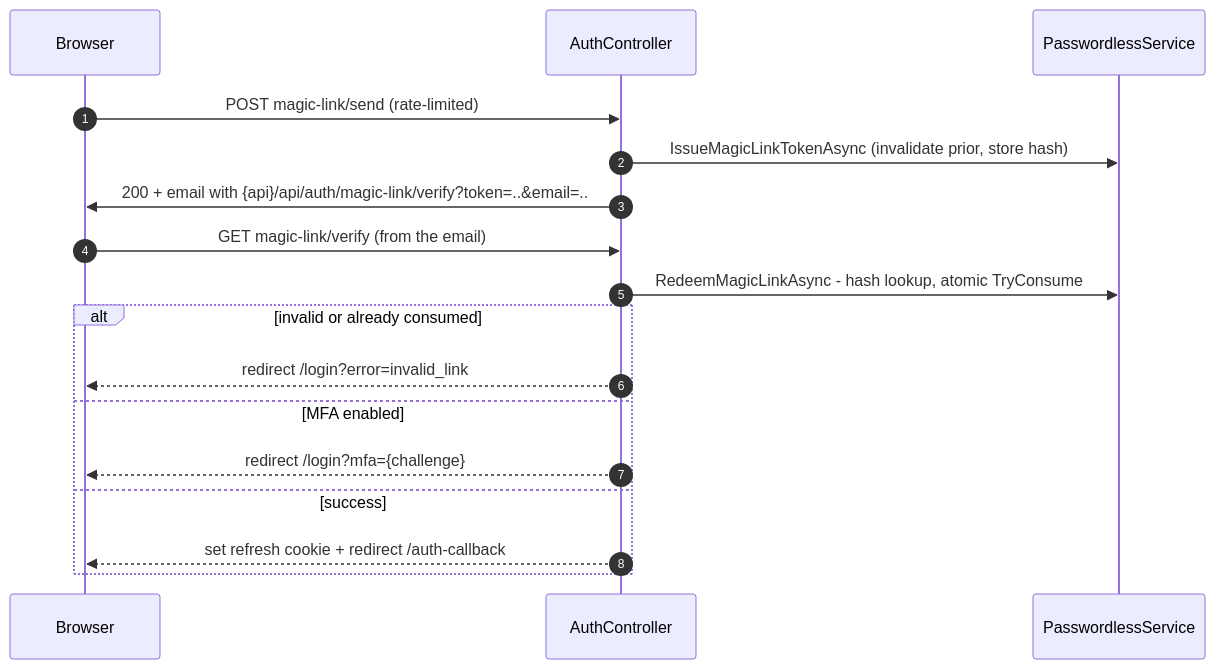
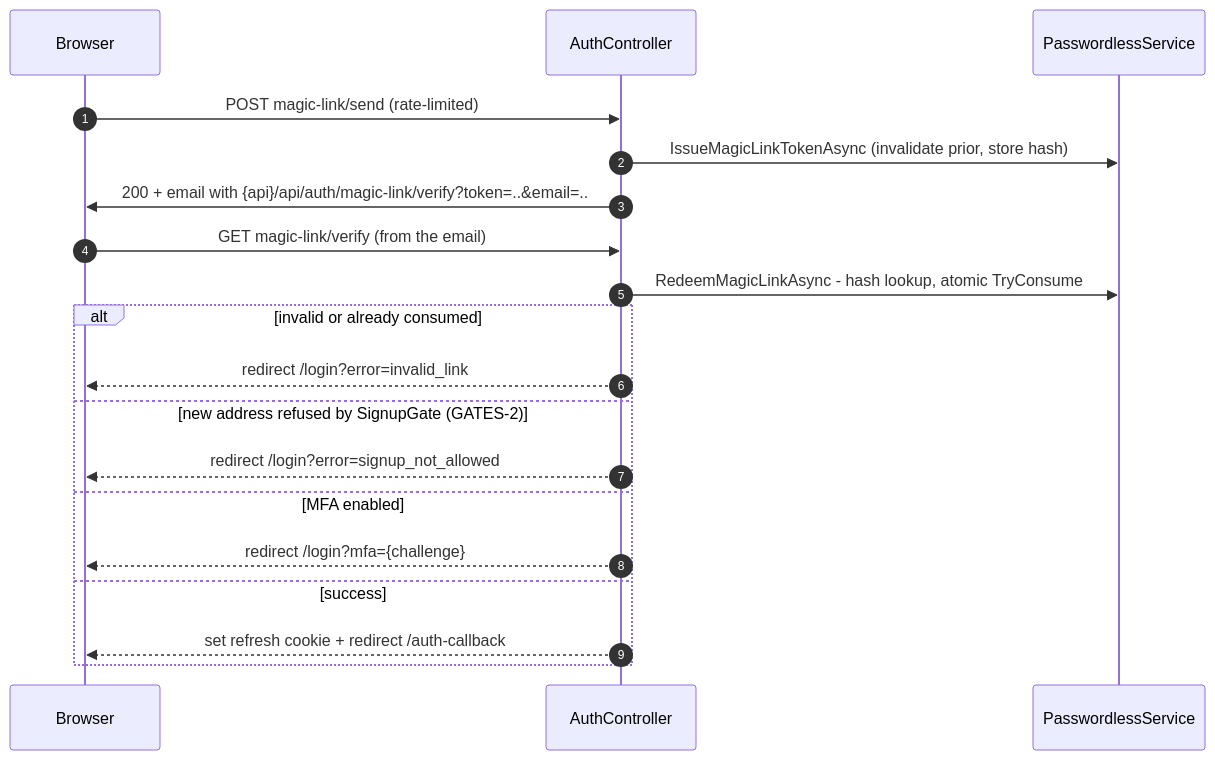
Before and after one commit to argamboad/vuelto: the fourth of 11 diagrams in docs/FLOWS.md, drawn with Mermaid. The commit also changed other lines of this file and 16 other files, not shown here.

First line of the commit message:
docs: the diagrams, the Postman collection and the config catalog say what the code answers, and four gates hold them (port)

````diff
--- a/docs/FLOWS.md
+++ b/docs/FLOWS.md
@@ -124,19 +135,21 @@
 ```mermaid
 sequenceDiagram
     autonumber
     participant C as Browser
     participant AC as AuthController
     participant PS as PasswordlessService
     C->>AC: POST magic-link/send (rate-limited)
     AC->>PS: IssueMagicLinkTokenAsync (invalidate prior, store hash)
     AC->>C: 200 + email with {api}/api/auth/magic-link/verify?token=..&email=..
     C->>AC: GET magic-link/verify (from the email)
     AC->>PS: RedeemMagicLinkAsync - hash lookup, atomic TryConsume
     alt invalid or already consumed
         AC-->>C: redirect /login?error=invalid_link
+    else new address refused by SignupGate (GATES-2)
+        AC-->>C: redirect /login?error=signup_not_allowed
     else MFA enabled
         AC-->>C: redirect /login?mfa={challenge}
     else success
         AC-->>C: set refresh cookie + redirect /auth-callback
     end
 ```
````
